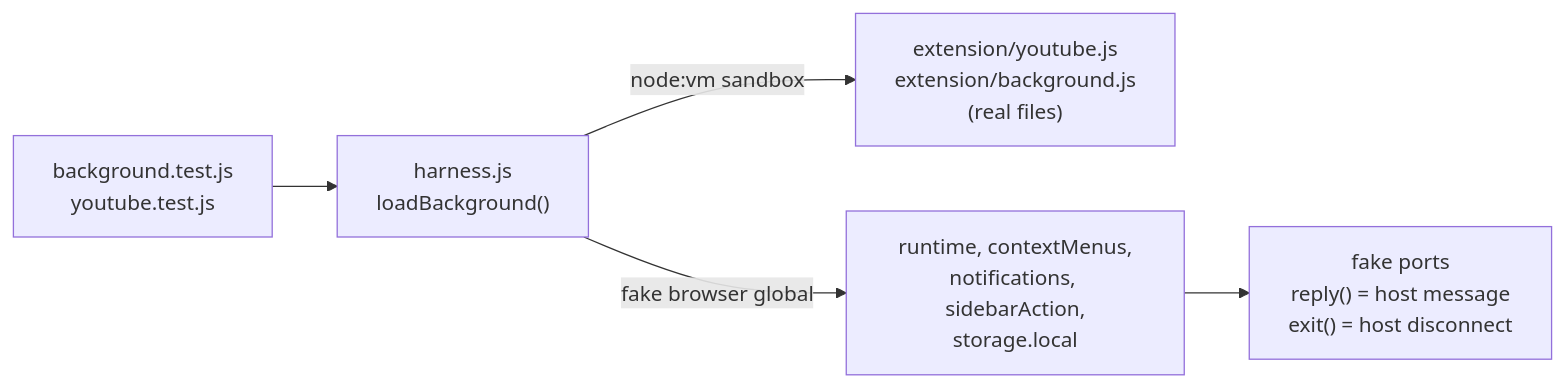
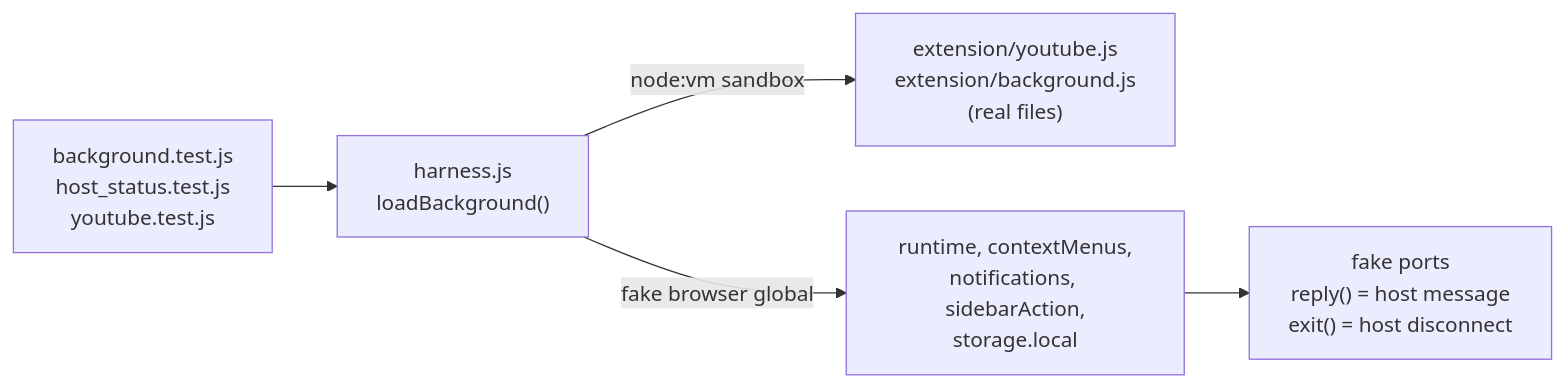
Before and after one commit to martin-iflap/YT-MP3-Downloader: diagram 22 of 22 in ARCHITECTURE.md, drawn with Mermaid. The commit also changed other lines of this file and 20 other files, not shown here.

````diff
--- a/ARCHITECTURE.md
+++ b/ARCHITECTURE.md
@@ -682,7 +1055,7 @@
 ```mermaid
 flowchart LR
-    T["background.test.js<br/>youtube.test.js"] --> H["harness.js<br/>loadBackground()"]
+    T["background.test.js<br/>host_status.test.js<br/>youtube.test.js"] --> H["harness.js<br/>loadBackground()"]
     H -- "node:vm sandbox" --> E["extension/youtube.js<br/>extension/background.js<br/>(real files)"]
     H -- "fake browser global" --> FB["runtime, contextMenus,<br/>notifications, sidebarAction,<br/>storage.local"]
     FB --> FP["fake ports<br/>reply() = host message<br/>exit() = host disconnect"]
 ```
````
